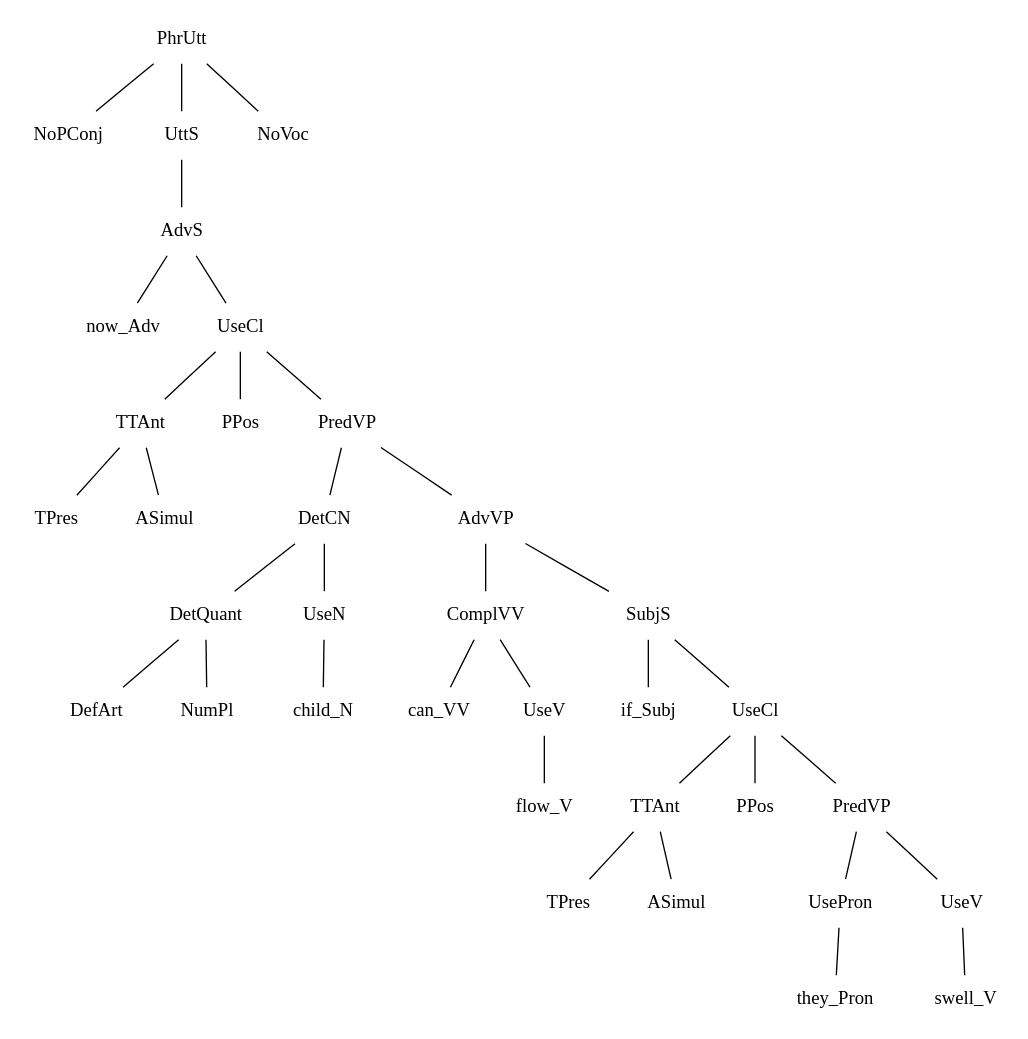
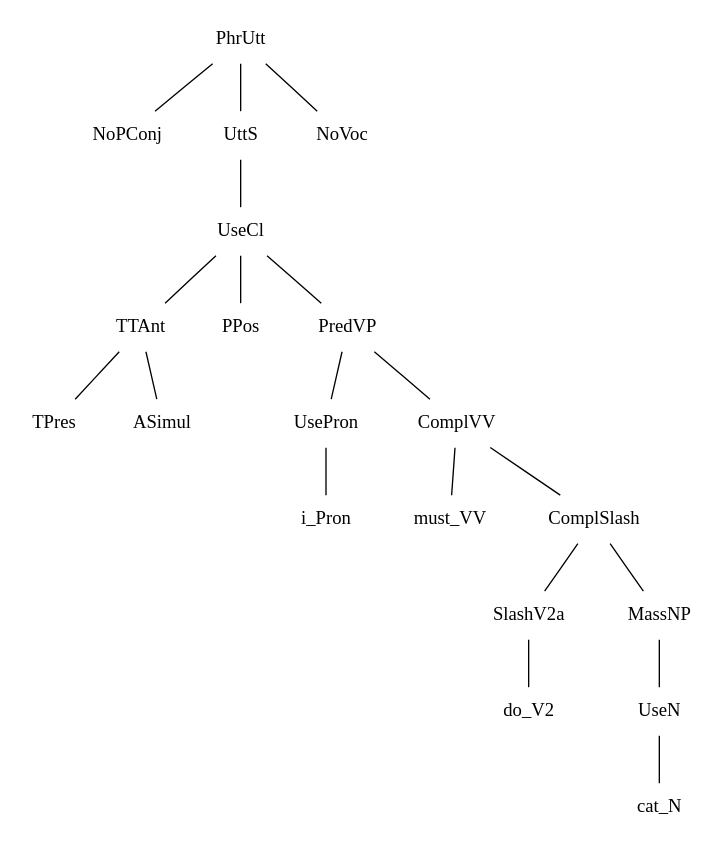
One commit to MalinAhlberg/SwedishProject changed the diagram in mapping/tmp_tree.dot. Above: the diagram before and after it, drawn with Graphviz. The commit also changed 10 other files, not shown here.

```diff
--- a/mapping/tmp_tree.dot
+++ b/mapping/tmp_tree.dot
@@ -1,71 +1,41 @@
 graph {
 n0[label = "PhrUtt", style = "solid", shape = "plaintext"] ;
 n0_0[label = "NoPConj", style = "solid", shape = "plaintext"] ;
 n0 -- n0_0 [style = "solid"];
 n1_0[label = "UttS", style = "solid", shape = "plaintext"] ;
 n0 -- n1_0 [style = "solid"];
-n0_1_0[label = "AdvS", style = "solid", shape = "plaintext"] ;
+n0_1_0[label = "UseCl", style = "solid", shape = "plaintext"] ;
 n1_0 -- n0_1_0 [style = "solid"];
-n0_0_1_0[label = "now_Adv", style = "solid", shape = "plaintext"] ;
+n0_0_1_0[label = "TTAnt", style = "solid", shape = "plaintext"] ;
 n0_1_0 -- n0_0_1_0 [style = "solid"];
-n1_0_1_0[label = "UseCl", style = "solid", shape = "plaintext"] ;
+n0_0_0_1_0[label = "TPres", style = "solid", shape = "plaintext"] ;
+n0_0_1_0 -- n0_0_0_1_0 [style = "solid"];
+n1_0_0_1_0[label = "ASimul", style = "solid", shape = "plaintext"] ;
+n0_0_1_0 -- n1_0_0_1_0 [style = "solid"];
+n1_0_1_0[label = "PPos", style = "solid", shape = "plaintext"] ;
 n0_1_0 -- n1_0_1_0 [style = "solid"];
-n0_1_0_1_0[label = "TTAnt", style = "solid", shape = "plaintext"] ;
-n1_0_1_0 -- n0_1_0_1_0 [style = "solid"];
-n0_0_1_0_1_0[label = "TPres", style = "solid", shape = "plaintext"] ;
-n0_1_0_1_0 -- n0_0_1_0_1_0 [style = "solid"];
-n1_0_1_0_1_0[label = "ASimul", style = "solid", shape = "plaintext"] ;
-n0_1_0_1_0 -- n1_0_1_0_1_0 [style = "solid"];
-n1_1_0_1_0[label = "PPos", style = "solid", shape = "plaintext"] ;
-n1_0_1_0 -- n1_1_0_1_0 [style = "solid"];
-n2_1_0_1_0[label = "PredVP", style = "solid", shape = "plaintext"] ;
-n1_0_1_0 -- n2_1_0_1_0 [style = "solid"];
-n0_2_1_0_1_0[label = "DetCN", style = "solid", shape = "plaintext"] ;
-n2_1_0_1_0 -- n0_2_1_0_1_0 [style = "solid"];
-n0_0_2_1_0_1_0[label = "DetQuant", style = "solid", shape = "plaintext"] ;
-n0_2_1_0_1_0 -- n0_0_2_1_0_1_0 [style = "solid"];
-n0_0_0_2_1_0_1_0[label = "DefArt", style = "solid", shape = "plaintext"] ;
-n0_0_2_1_0_1_0 -- n0_0_0_2_1_0_1_0 [style = "solid"];
-n1_0_0_2_1_0_1_0[label = "NumPl", style = "solid", shape = "plaintext"] ;
-n0_0_2_1_0_1_0 -- n1_0_0_2_1_0_1_0 [style = "solid"];
-n1_0_2_1_0_1_0[label = "UseN", style = "solid", shape = "plaintext"] ;
-n0_2_1_0_1_0 -- n1_0_2_1_0_1_0 [style = "solid"];
-n0_1_0_2_1_0_1_0[label = "child_N", style = "solid", shape = "plaintext"] ;
-n1_0_2_1_0_1_0 -- n0_1_0_2_1_0_1_0 [style = "solid"];
-n1_2_1_0_1_0[label = "AdvVP", style = "solid", shape = "plaintext"] ;
-n2_1_0_1_0 -- n1_2_1_0_1_0 [style = "solid"];
-n0_1_2_1_0_1_0[label = "ComplVV", style = "solid", shape = "plaintext"] ;
-n1_2_1_0_1_0 -- n0_1_2_1_0_1_0 [style = "solid"];
-n0_0_1_2_1_0_1_0[label = "can_VV", style = "solid", shape = "plaintext"] ;
-n0_1_2_1_0_1_0 -- n0_0_1_2_1_0_1_0 [style = "solid"];
-n1_0_1_2_1_0_1_0[label = "UseV", style = "solid", shape = "plaintext"] ;
-n0_1_2_1_0_1_0 -- n1_0_1_2_1_0_1_0 [style = "solid"];
-n0_1_0_1_2_1_0_1_0[label = "flow_V", style = "solid", shape = "plaintext"] ;
-n1_0_1_2_1_0_1_0 -- n0_1_0_1_2_1_0_1_0 [style = "solid"];
-n1_1_2_1_0_1_0[label = "SubjS", style = "solid", shape = "plaintext"] ;
-n1_2_1_0_1_0 -- n1_1_2_1_0_1_0 [style = "solid"];
-n0_1_1_2_1_0_1_0[label = "if_Subj", style = "solid", shape = "plaintext"] ;
-n1_1_2_1_0_1_0 -- n0_1_1_2_1_0_1_0 [style = "solid"];
-n1_1_1_2_1_0_1_0[label = "UseCl", style = "solid", shape = "plaintext"] ;
-n1_1_2_1_0_1_0 -- n1_1_1_2_1_0_1_0 [style = "solid"];
-n0_1_1_1_2_1_0_1_0[label = "TTAnt", style = "solid", shape = "plaintext"] ;
-n1_1_1_2_1_0_1_0 -- n0_1_1_1_2_1_0_1_0 [style = "solid"];
-n0_0_1_1_1_2_1_0_1_0[label = "TPres", style = "solid", shape = "plaintext"] ;
-n0_1_1_1_2_1_0_1_0 -- n0_0_1_1_1_2_1_0_1_0 [style = "solid"];
-n1_0_1_1_1_2_1_0_1_0[label = "ASimul", style = "solid", shape = "plaintext"] ;
-n0_1_1_1_2_1_0_1_0 -- n1_0_1_1_1_2_1_0_1_0 [style = "solid"];
-n1_1_1_1_2_1_0_1_0[label = "PPos", style = "solid", shape = "plaintext"] ;
-n1_1_1_2_1_0_1_0 -- n1_1_1_1_2_1_0_1_0 [style = "solid"];
-n2_1_1_1_2_1_0_1_0[label = "PredVP", style = "solid", shape = "plaintext"] ;
-n1_1_1_2_1_0_1_0 -- n2_1_1_1_2_1_0_1_0 [style = "solid"];
-n0_2_1_1_1_2_1_0_1_0[label = "UsePron", style = "solid", shape = "plaintext"] ;
-n2_1_1_1_2_1_0_1_0 -- n0_2_1_1_1_2_1_0_1_0 [style = "solid"];
-n0_0_2_1_1_1_2_1_0_1_0[label = "they_Pron", style = "solid", shape = "plaintext"] ;
-n0_2_1_1_1_2_1_0_1_0 -- n0_0_2_1_1_1_2_1_0_1_0 [style = "solid"];
-n1_2_1_1_1_2_1_0_1_0[label = "UseV", style = "solid", shape = "plaintext"] ;
-n2_1_1_1_2_1_0_1_0 -- n1_2_1_1_1_2_1_0_1_0 [style = "solid"];
-n0_1_2_1_1_1_2_1_0_1_0[label = "swell_V", style = "solid", shape = "plaintext"] ;
-n1_2_1_1_1_2_1_0_1_0 -- n0_1_2_1_1_1_2_1_0_1_0 [style = "solid"];
+n2_0_1_0[label = "PredVP", style = "solid", shape = "plaintext"] ;
+n0_1_0 -- n2_0_1_0 [style = "solid"];
+n0_2_0_1_0[label = "UsePron", style = "solid", shape = "plaintext"] ;
+n2_0_1_0 -- n0_2_0_1_0 [style = "solid"];
+n0_0_2_0_1_0[label = "i_Pron", style = "solid", shape = "plaintext"] ;
+n0_2_0_1_0 -- n0_0_2_0_1_0 [style = "solid"];
+n1_2_0_1_0[label = "ComplVV", style = "solid", shape = "plaintext"] ;
+n2_0_1_0 -- n1_2_0_1_0 [style = "solid"];
+n0_1_2_0_1_0[label = "must_VV", style = "solid", shape = "plaintext"] ;
+n1_2_0_1_0 -- n0_1_2_0_1_0 [style = "solid"];
+n1_1_2_0_1_0[label = "ComplSlash", style = "solid", shape = "plaintext"] ;
+n1_2_0_1_0 -- n1_1_2_0_1_0 [style = "solid"];
+n0_1_1_2_0_1_0[label = "SlashV2a", style = "solid", shape = "plaintext"] ;
+n1_1_2_0_1_0 -- n0_1_1_2_0_1_0 [style = "solid"];
+n0_0_1_1_2_0_1_0[label = "do_V2", style = "solid", shape = "plaintext"] ;
+n0_1_1_2_0_1_0 -- n0_0_1_1_2_0_1_0 [style = "solid"];
+n1_1_1_2_0_1_0[label = "MassNP", style = "solid", shape = "plaintext"] ;
+n1_1_2_0_1_0 -- n1_1_1_2_0_1_0 [style = "solid"];
+n0_1_1_1_2_0_1_0[label = "UseN", style = "solid", shape = "plaintext"] ;
+n1_1_1_2_0_1_0 -- n0_1_1_1_2_0_1_0 [style = "solid"];
+n0_0_1_1_1_2_0_1_0[label = "cat_N", style = "solid", shape = "plaintext"] ;
+n0_1_1_1_2_0_1_0 -- n0_0_1_1_1_2_0_1_0 [style = "solid"];
 n2_0[label = "NoVoc", style = "solid", shape = "plaintext"] ;
 n0 -- n2_0 [style = "solid"];
 }
```
